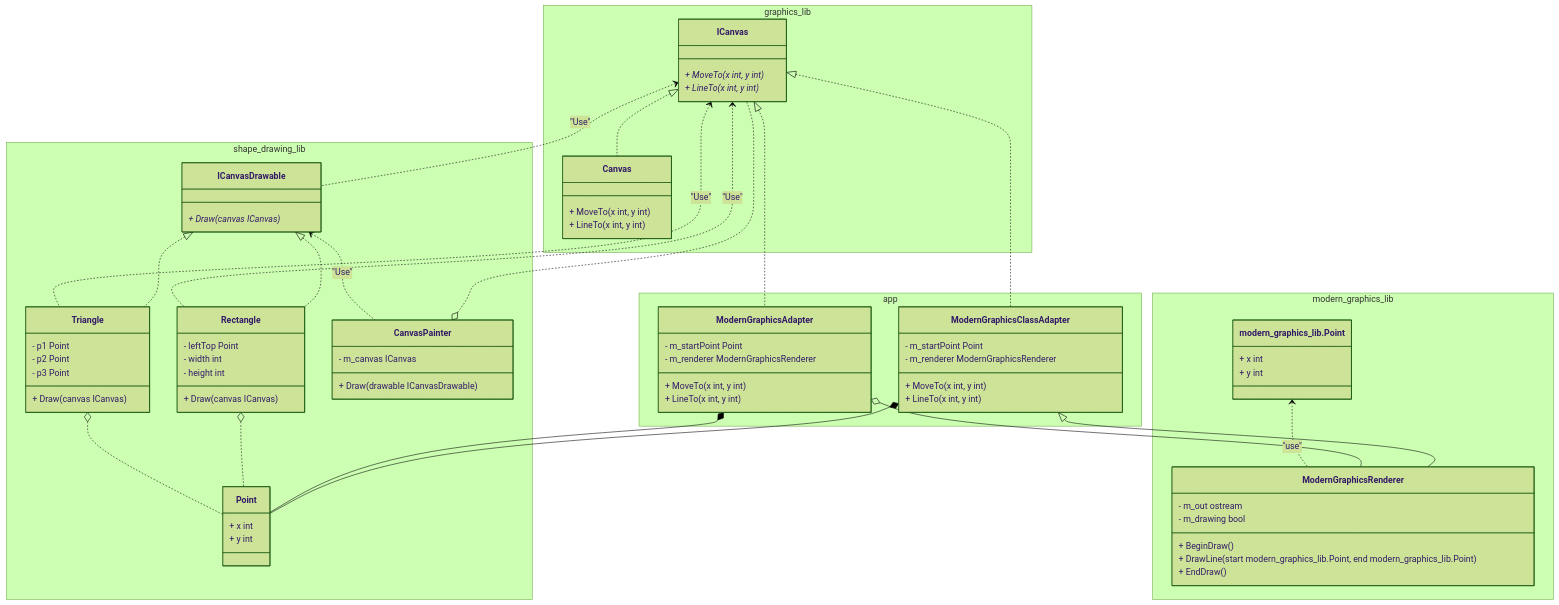
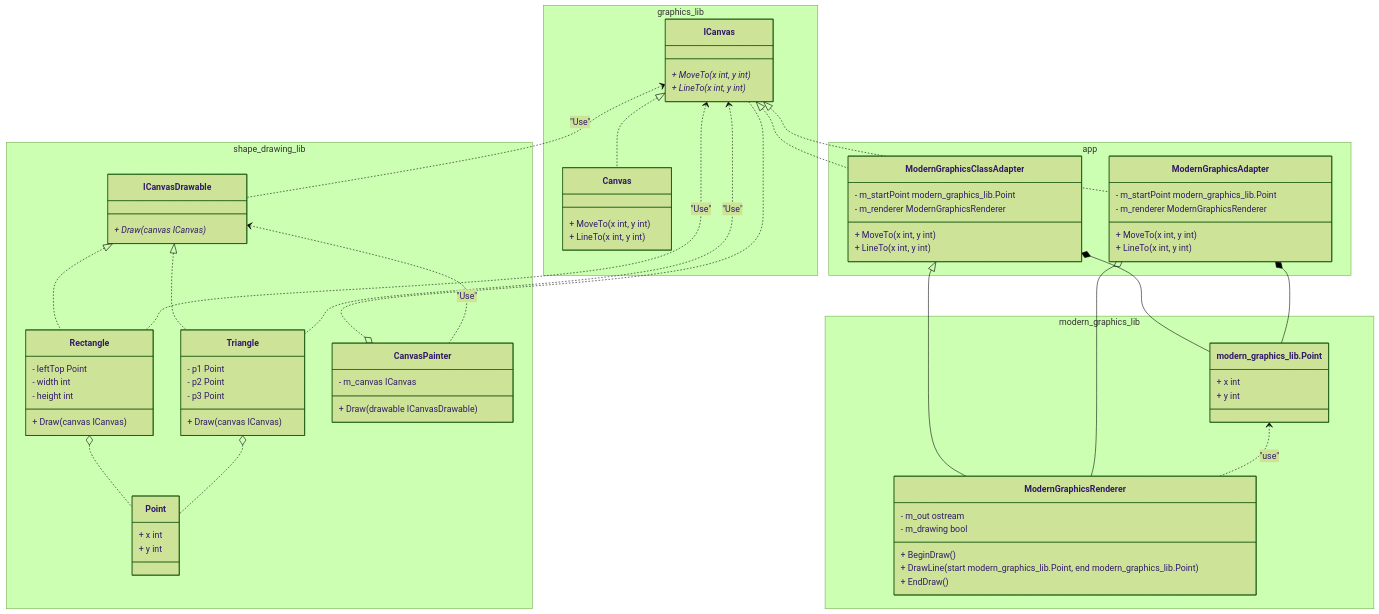
The third of 3 diagrams in lab6/docs.md (555Jeka555/OOD-labs), drawn with Mermaid (forest theme) before and after one commit.

Commit message:
Поправил диаграммы

```diff
--- a/lab6/docs.md
+++ b/lab6/docs.md
@@ -117,23 +117,23 @@
 
     ICanvas <|.. ModernGraphicsAdapter
     ModernGraphicsAdapter o-- ModernGraphicsRenderer
-    ModernGraphicsAdapter *-- Point
+    ModernGraphicsAdapter *-- modern_graphics_lib.Point
 
     ICanvas <|.. ModernGraphicsClassAdapter
     ModernGraphicsClassAdapter <|-- ModernGraphicsRenderer
-    ModernGraphicsClassAdapter *-- Point
+    ModernGraphicsClassAdapter *-- modern_graphics_lib.Point
     namespace app {
         class ModernGraphicsAdapter {
             + MoveTo(x int, y int)
             + LineTo(x int, y int)
-            - m_startPoint Point
+            - m_startPoint modern_graphics_lib.Point
             - m_renderer ModernGraphicsRenderer
         }
 
         class ModernGraphicsClassAdapter {
             + MoveTo(x int, y int)
             + LineTo(x int, y int)
-            - m_startPoint Point
+            - m_startPoint modern_graphics_lib.Point
             - m_renderer ModernGraphicsRenderer
         }
     }
```
